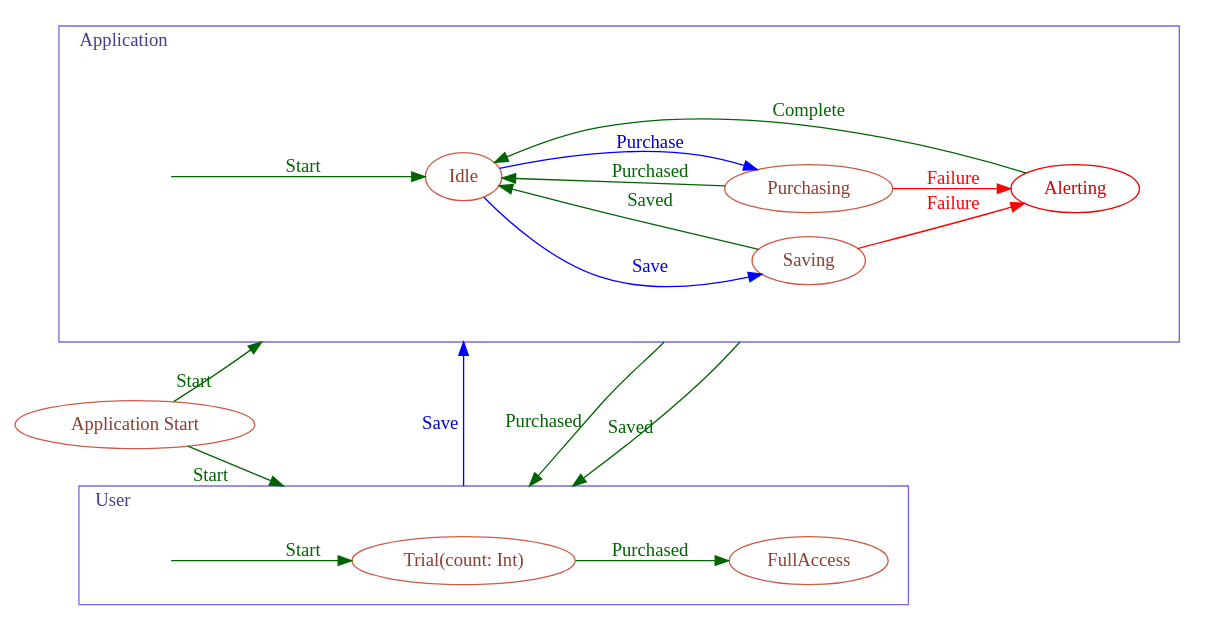
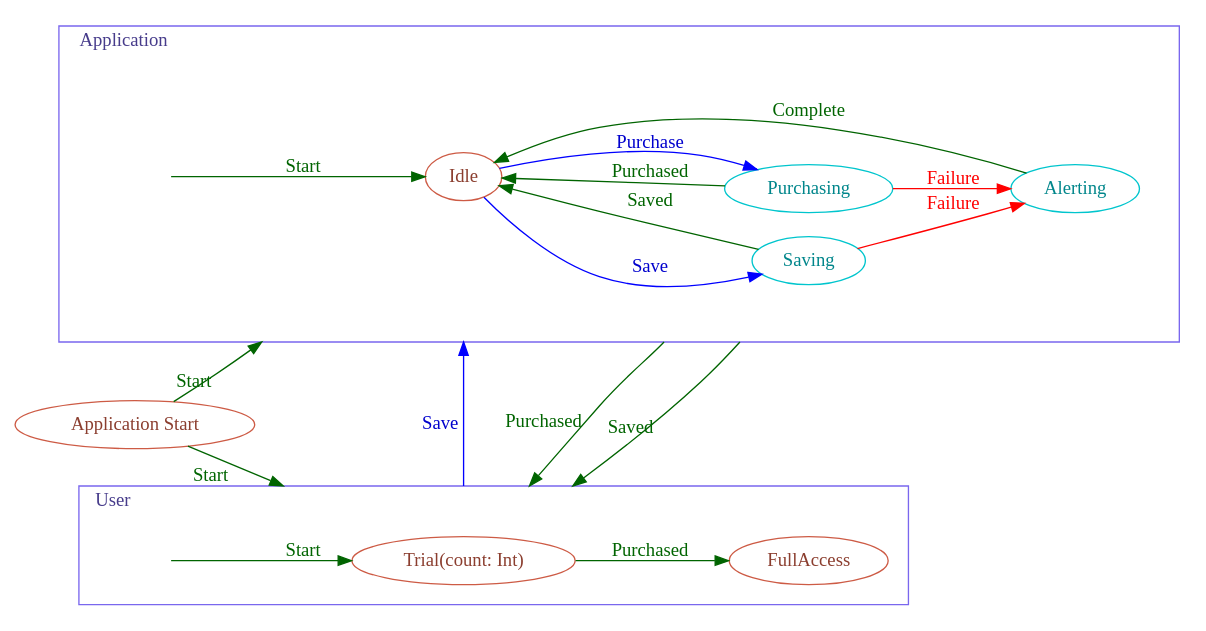
The diagram in SwiftReferenceApp/SwiftReferenceApp/ApplicationSchema.dot (DanielAsher/SwiftReferenceApp), drawn with Graphviz before and after one commit. The commit also changed 2 other files, not shown here.

```diff
--- a/SwiftReferenceApp/SwiftReferenceApp/ApplicationSchema.dot
+++ b/SwiftReferenceApp/SwiftReferenceApp/ApplicationSchema.dot
@@ -1,66 +1,66 @@
 /*
 //
 //  ApplicationSchema.dot
 //  SwiftReferenceApp
 //
 //  Created by Daniel Asher on 21/08/2015.
 */
 
 digraph G 
 {
     {rank=same 0 0}
     compound=true
     graph [rankdir=LR]
     subgraph cluster0 
     {
 
         label=Application
         color=slateblue2
         fontcolor=slateblue4
         margin=30
         labeljust=l
 
         appStart [label="", style=invis]
         appStart -> 1 [label="Start", weight=2, color=darkgreen, fontcolor=darkgreen]
 
         0 [label="Application Start", color=coral3, fontcolor=coral4]
         0 -> 1 [xlabel="Start", lhead=cluster0, color=darkgreen, fontcolor=darkgreen]
 
         1 [label="Idle", color=coral3, fontcolor=coral4]
-        2 [label="Saving", color=coral3, fontcolor=coral4]
-        3 [label="Purchasing", color=coral3, fontcolor=coral4]
-        4 [label="Alerting", color=red2, fontcolor=red3]
+        2 [label="Saving", color=turquoise3, fontcolor=turquoise4]
+        3 [label="Purchasing", color=turquoise3, fontcolor=turquoise4]
+        4 [label="Alerting", color=turquoise3, fontcolor=turquoise4]
 
         1 -> 3 [label="Purchase", color=blue, fontcolor=blue3]
         1 -> 2 [label="Save", color=blue, fontcolor=blue3]
 
         2 -> 1 [label="Saved", color=darkgreen, fontcolor=darkgreen]
         3 -> 1 [label="Purchased", color=darkgreen, fontcolor=darkgreen]
         4 -> 1 [label="Complete", color=darkgreen, fontcolor=darkgreen]
 
         2 -> 4 [label="Failure", color=red, fontcolor=red]
         3 -> 4 [label="Failure", color=red, fontcolor=red]
     }
 
     subgraph cluster1 
     {
         label=User
         color=slateblue2
         fontcolor=slateblue4
         margin=15
         labeljust=l
 
         userStart [label="", style=invis]
         userStart -> 7 [label="Start", weight=2, color=darkgreen, fontcolor=darkgreen]
 
         0 -> 7 [xlabel="Start", lhead=cluster1, color=darkgreen, fontcolor=darkgreen]
 
         6 [label="FullAccess", color=coral3, fontcolor=coral4]
         7 [label="Trial(count: Int)", color=coral3, fontcolor=coral4]
         7 -> 6 [label="Purchased", color=darkgreen, fontcolor=darkgreen]
     }
     
     7 -> 1 [xlabel="Save", color=blue, fontcolor=blue3, lhead=cluster0, ltail=cluster1, weight=0.9, minlen=7]
     2 -> 7 [xlabel="Saved", color=darkgreen, fontcolor=darkgreen, lhead=cluster1, ltail=cluster0, weight=0.9, minlen=7]
     3 -> 7 [xlabel="Purchased", color=darkgreen, fontcolor=darkgreen, lhead=cluster1, ltail=cluster0, weight=0.9, minlen=7]
 }
```
